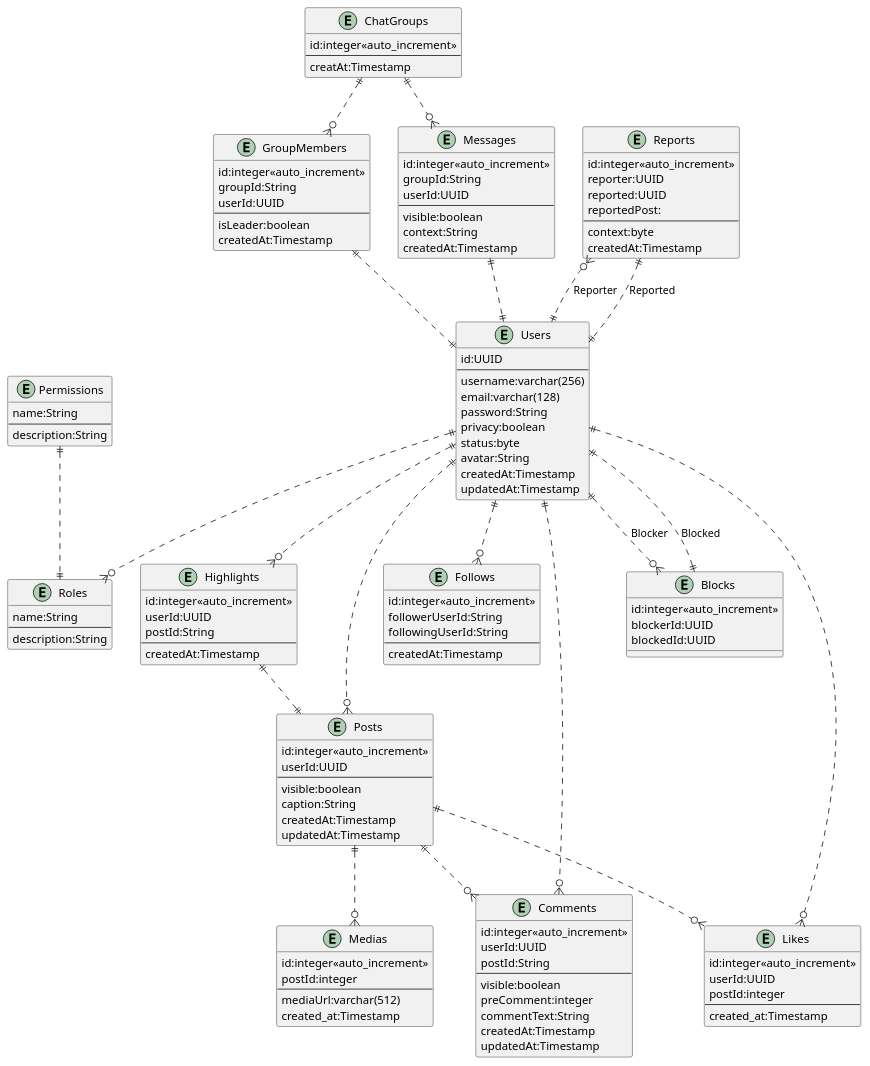
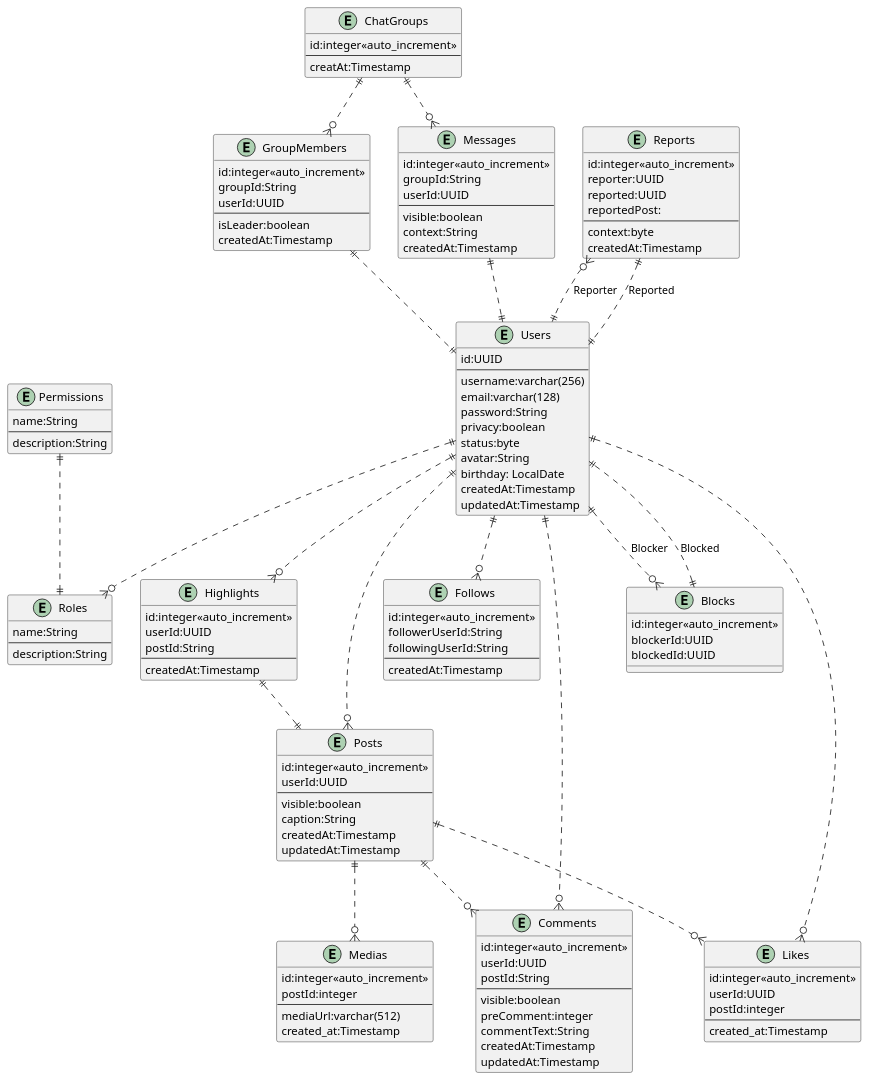
The diagram in Prototypes/erd.plantuml (KhuongVo2105/Chat_Application), drawn with PlantUML before and after one commit. The commit also changed 8 other files, not shown here.

```diff
--- a/Prototypes/erd.plantuml
+++ b/Prototypes/erd.plantuml
@@ -1,145 +1,146 @@
 @startuml
 
 entity "Users" as u {
     id:UUID
     --
     username:varchar(256)
     email:varchar(128)
     password:String
     privacy:boolean  /'Public || Private'/
     status:byte     /'trang thai cua nguoi dung. Han che, thoai mai, chua xac thuc'/
     avatar:String   /'anh dai dien nguoi dung'/
+    birthday: LocalDate
     createdAt:Timestamp
     updatedAt:Timestamp
 }
 
 entity "Likes" as l {
     id:integer<<auto_increment>> 
     userId:UUID
     postId:integer
     --
     created_at:Timestamp
 }
 
 entity "Posts" as p {
     id:integer<<auto_increment>>
     userId:UUID
     --
     visible:boolean /'True:hien thi, False: an'/
     caption:String
     createdAt:Timestamp
     updatedAt:Timestamp
 }
 
 entity "Medias" as m {
     id:integer<<auto_increment>>
     postId:integer
     --
     mediaUrl:varchar(512)
     created_at:Timestamp
 }
 
 entity "Comments" as c {
     id:integer<<auto_increment>>
     userId:UUID
     postId:String
     --
     visible:boolean /'True: hien'/
     preComment:integer
     commentText:String
     createdAt:Timestamp
     updatedAt:Timestamp
 }
 
 entity "Follows" as f {    
     id:integer<<auto_increment>>
     followerUserId:String
     followingUserId:String
     --
     createdAt:Timestamp
 }
 
 entity "ChatGroups" as g{
     id:integer<<auto_increment>>
     ---
     creatAt:Timestamp
 }
 
 entity "GroupMembers" as mem{
     id:integer<<auto_increment>>
     groupId:String
     userId:UUID
     ---
     isLeader:boolean
     createdAt:Timestamp
 }
 
 entity "Messages" as me{
     id:integer<<auto_increment>>
     groupId:String
     userId:UUID
     ---
     visible:boolean
     context:String
     createdAt:Timestamp
 }
 
 entity "Roles" as ro{
     name:String
     ---
     description:String
 }
 
 entity "Permissions" as pe{
     name:String
     ---
     description:String
 }
 
 /'Tin noi bat'/
 entity "Highlights" as wl{
     id:integer<<auto_increment>>
     userId:UUID
     postId:String
     ---
     createdAt:Timestamp
 }
 
 /''/
 entity "Blocks" as bl{
     id:integer<<auto_increment>>
     blockerId:UUID
     blockedId:UUID
 }
 
 entity "Reports" as rp{
     id:integer<<auto_increment>>
     reporter:UUID /'id nguoi tao phieu report'/
     reported:UUID  /'id cua nguoi bi report'/
     reportedPost:   /'id cua bai post bi report'/
     ---
     context:byte
     createdAt:Timestamp
 }
 
 u ||..o{ p
 u ||..o{ f
 u ||..o{ l
 u ||..o{ c
 u ||..o{ ro
 u ||..o{ wl
 u ||..o{ bl : "Blocker"
 bl ||..|| u: "Blocked"
 p ||..o{ m
 p ||..o{ c
 p ||..o{ l
 g ||..o{ me
 me ||..|| u
 pe ||..|| ro
 g ||..o{ mem
 mem ||..|| u
 wl ||..|| p
 rp }o..|| u : "Reporter"
 rp ||..|| u : "Reported"
 
 @enduml
```
